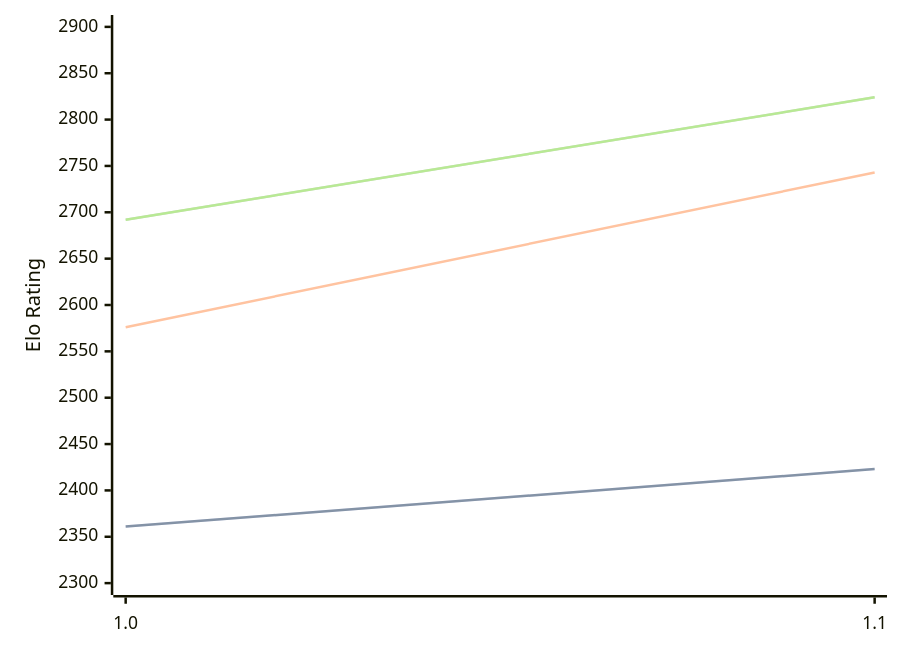
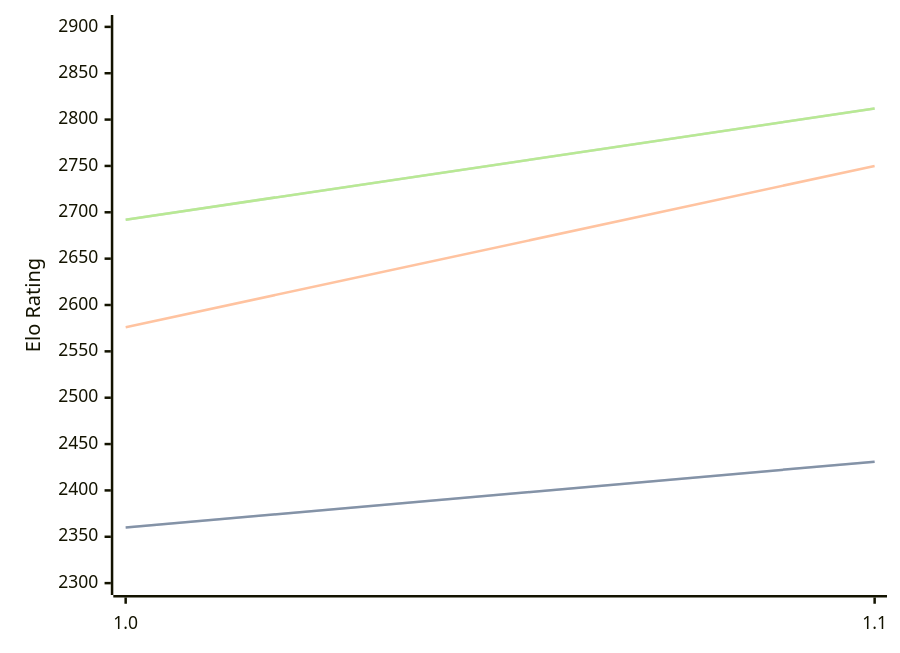
The diagram in engines/FoxChess.md (computer-chess-index/cci), drawn with Mermaid before and after one commit. The commit also changed other lines of this file, not shown here.

Commit message:
Update CCI Ratings (ELO VLTC) - 2026-04-20

````diff
--- a/engines/FoxChess.md
+++ b/engines/FoxChess.md
@@ -32,11 +32,11 @@
 ```mermaid
 %%{init: {"theme":"base","themeVariables":{"seriesColors:['#a3a3a3','#222221','#faa371']}}}%%
 xychart-beta
   x-axis ["1.0", "1.1"]
   y-axis "Elo Rating" 2300 --> 2900
-  line "STC (8.0+0.08s)" [2361, 2423]
-  line "STC (8.0+0.08s)" [2361, 2423]
-  line "LTC (60.0+0.60s)" [2576, 2743]
-  line "VLTC (2m24s+1.12s)" [2692, 2824]
-  line "VLTC (2m24s+1.12s)" [2692, 2824]
+  line "STC (8.0+0.08s)" [2360, 2431]
+  line "STC (8.0+0.08s)" [2360, 2431]
+  line "LTC (60.0+0.60s)" [2576, 2750]
+  line "VLTC (2m24s+1.12s)" [2692, 2812]
+  line "VLTC (2m24s+1.12s)" [2692, 2812]
 ```
````
